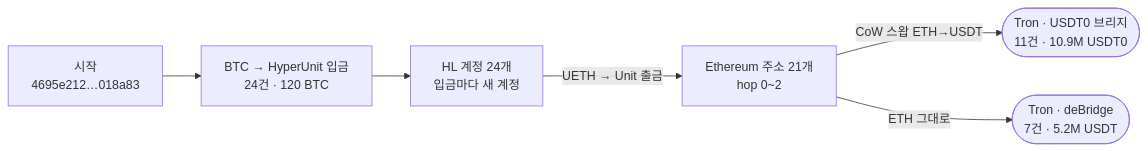
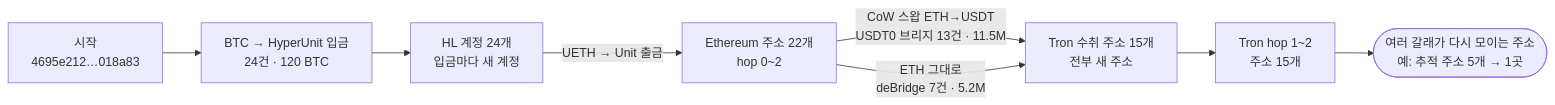
The first of 3 diagrams in FINDINGS.md (leejk206/tracker), drawn with Mermaid before and after one commit. The commit also changed other lines of this file and 4 other files, not shown here.

````diff
--- a/FINDINGS.md
+++ b/FINDINGS.md
@@ -19,8 +19,10 @@
 ```mermaid
 flowchart LR
   S["시작<br>4695e212…018a83"] --> B["BTC → HyperUnit 입금<br>24건 · 120 BTC"]
   B --> H0["HL 계정 24개<br>입금마다 새 계정"]
-  H0 -->|UETH → Unit 출금| E["Ethereum 주소 21개<br>hop 0~2"]
-  E -->|CoW 스왑 ETH→USDT| T0(["Tron · USDT0 브리지<br>11건 · 10.9M USDT0"])
-  E -->|ETH 그대로| T1(["Tron · deBridge<br>7건 · 5.2M USDT"])
+  H0 -->|UETH → Unit 출금| E["Ethereum 주소 22개<br>hop 0~2"]
+  E -->|CoW 스왑 ETH→USDT<br>USDT0 브리지 13건 · 11.5M| TR["Tron 수취 주소 15개<br>전부 새 주소"]
+  E -->|ETH 그대로<br>deBridge 7건 · 5.2M| TR
+  TR --> T1["Tron hop 1~2<br>주소 15개"]
+  T1 --> M(["여러 갈래가 다시 모이는 주소<br>예: 추적 주소 5개 → 1곳"])
 ```
````
